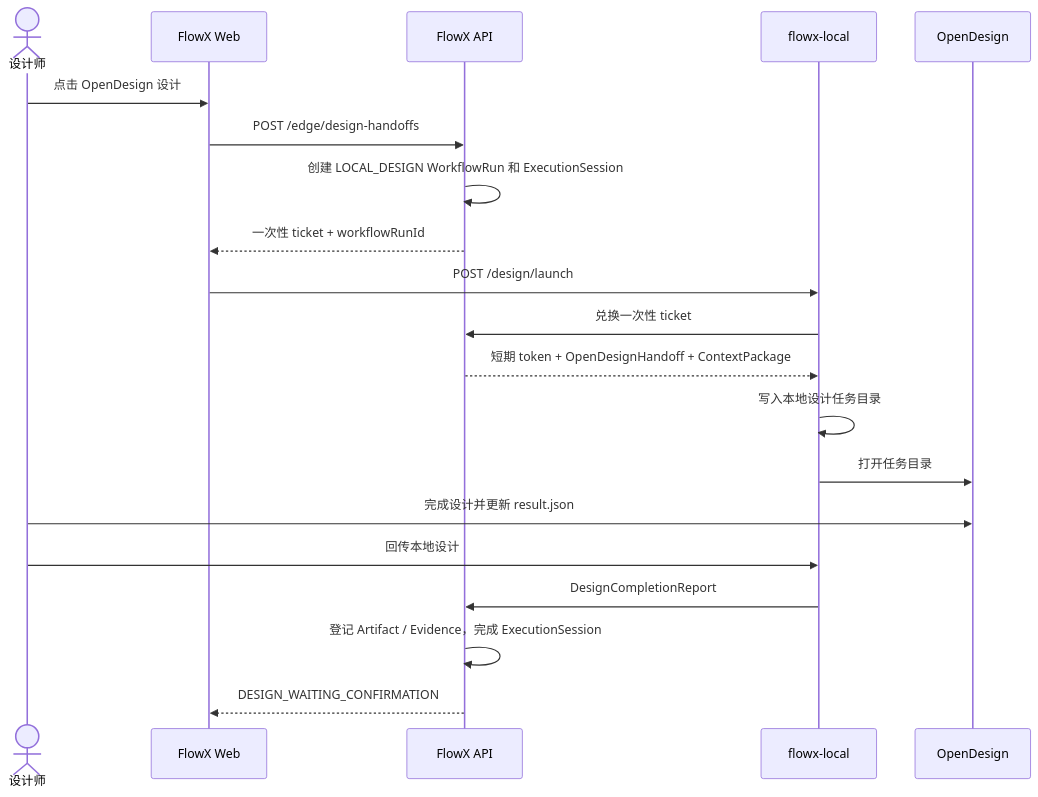
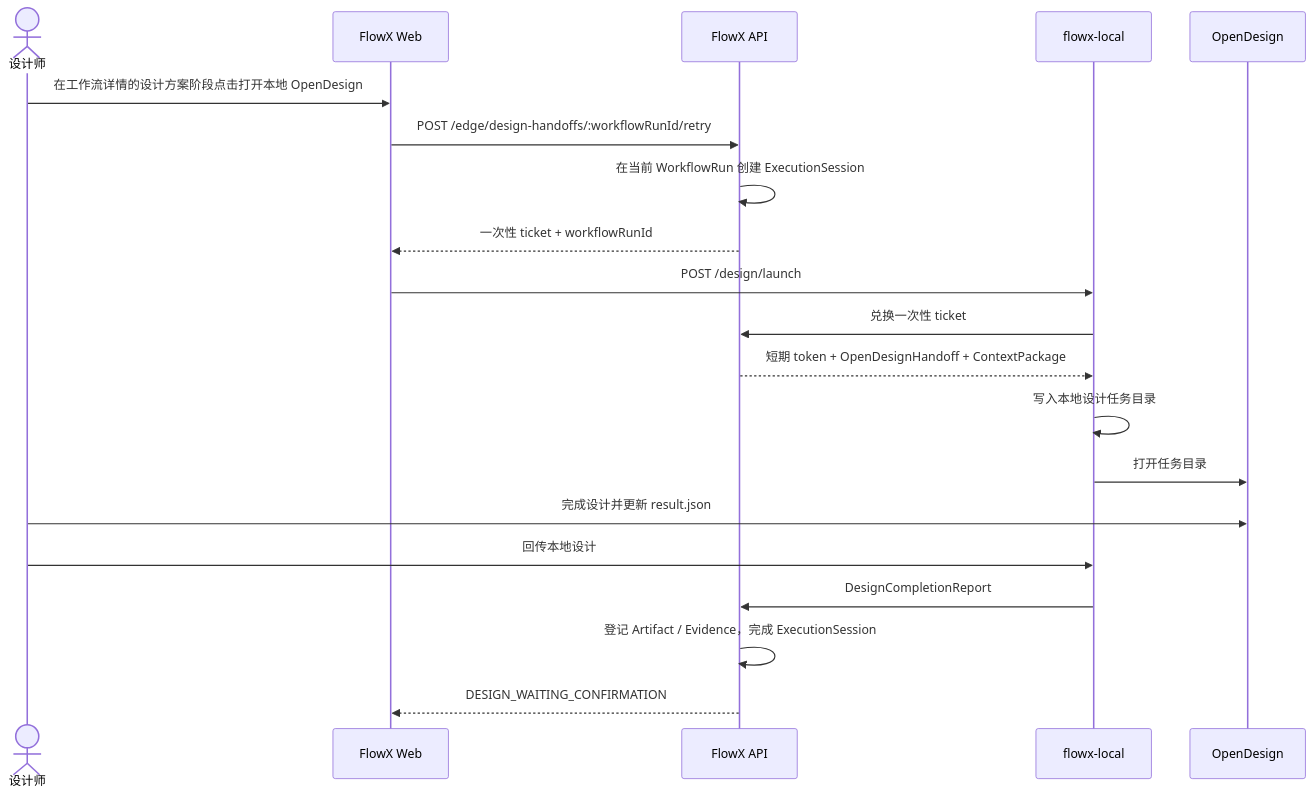
One commit to ChalkleyZhou/FlowX changed the diagram in docs/opendesign-design-stage.md. Above: the diagram before and after it, drawn with Mermaid. The commit also changed other lines of this file and 6 other files, not shown here.

````diff
--- a/docs/opendesign-design-stage.md
+++ b/docs/opendesign-design-stage.md
@@ -15,23 +15,23 @@
 ```mermaid
 sequenceDiagram
     actor Designer as 设计师
     participant Web as FlowX Web
     participant API as FlowX API
     participant Local as flowx-local
     participant OD as OpenDesign
 
-    Designer->>Web: 点击 OpenDesign 设计
-    Web->>API: POST /edge/design-handoffs
-    API->>API: 创建 LOCAL_DESIGN WorkflowRun 和 ExecutionSession
+    Designer->>Web: 在工作流详情的设计方案阶段点击打开本地 OpenDesign
+    Web->>API: POST /edge/design-handoffs/:workflowRunId/retry
+    API->>API: 在当前 WorkflowRun 创建 ExecutionSession
     API-->>Web: 一次性 ticket + workflowRunId
     Web->>Local: POST /design/launch
     Local->>API: 兑换一次性 ticket
     API-->>Local: 短期 token + OpenDesignHandoff + ContextPackage
     Local->>Local: 写入本地设计任务目录
     Local->>OD: 打开任务目录
     Designer->>OD: 完成设计并更新 result.json
     Designer->>Local: 回传本地设计
     Local->>API: DesignCompletionReport
     API->>API: 登记 Artifact / Evidence，完成 ExecutionSession
     API-->>Web: DESIGN_WAITING_CONFIRMATION
 ```
````
